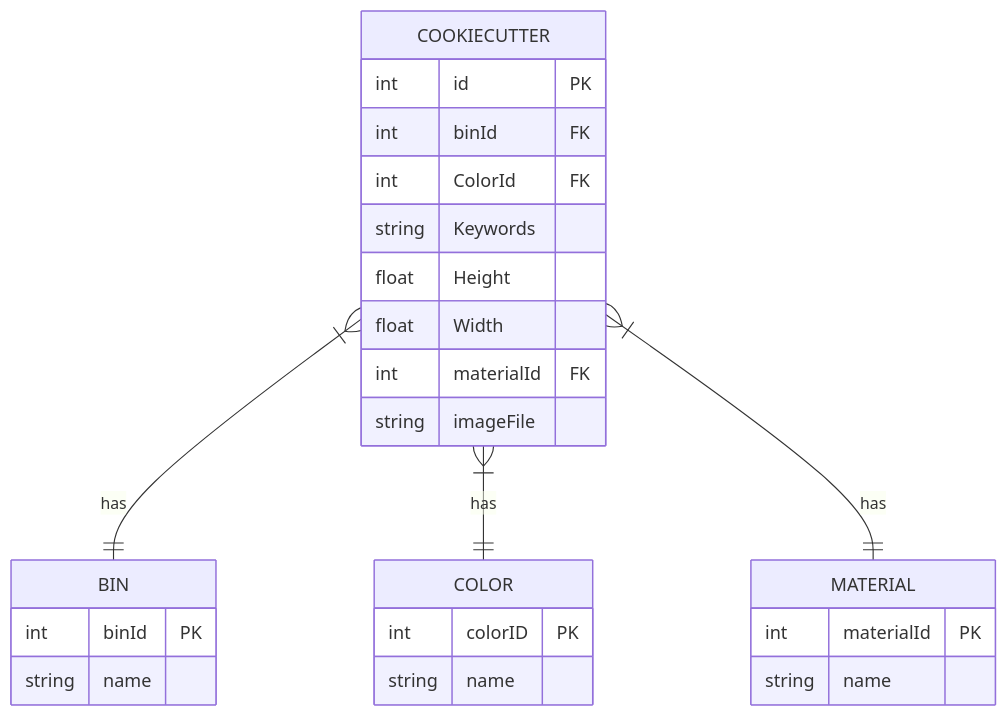
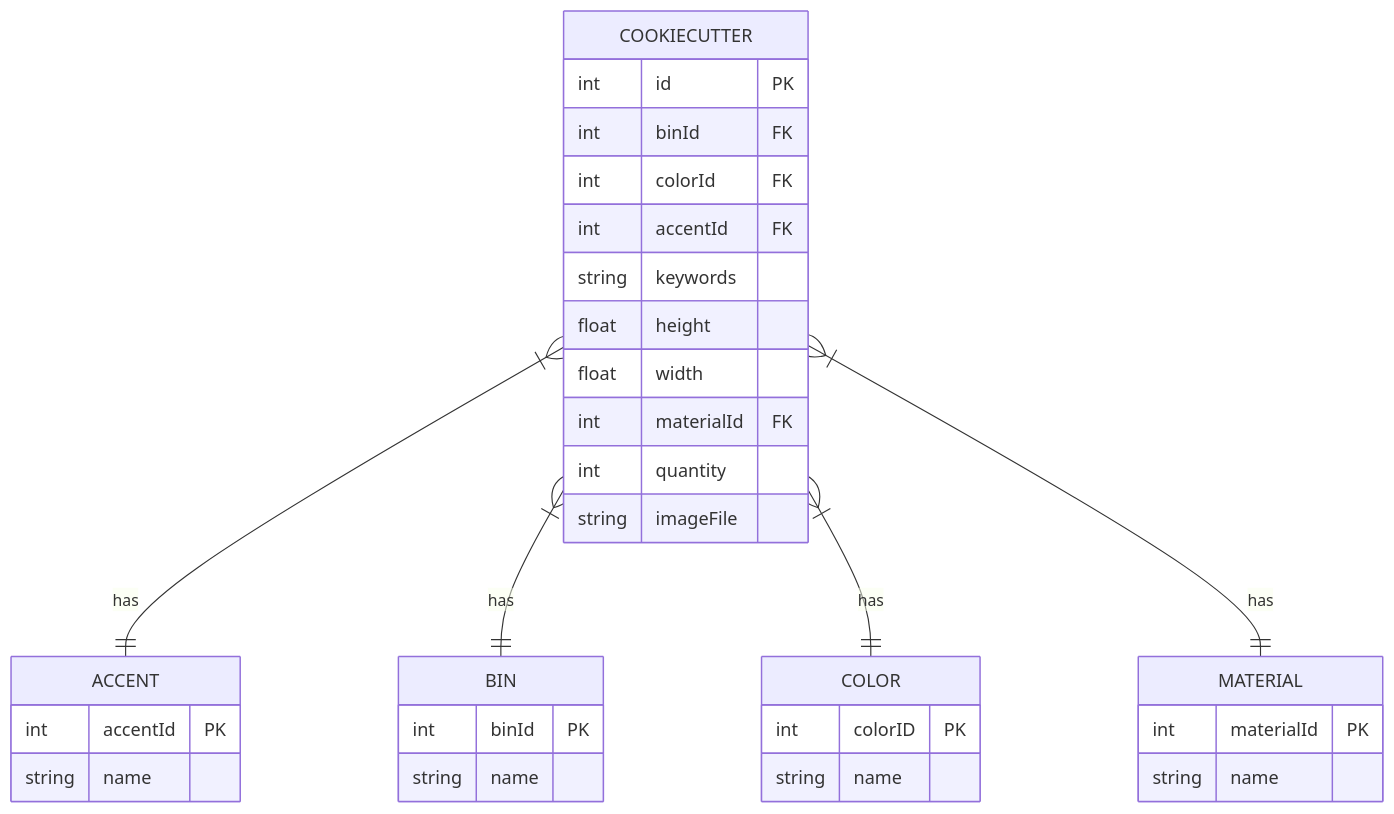
The second of 2 diagrams in README.md (scottfones/mysig_inv_mgt), drawn with Mermaid before and after one commit.

Commit message:
added accent color and quantity support after client meeting

````diff
--- a/README.md
+++ b/README.md
@@ -25,28 +25,35 @@
 ```mermaid
 erDiagram
+  COOKIECUTTER }|--|| ACCENT: has
   COOKIECUTTER }|--|| BIN: has
   COOKIECUTTER }|--|| COLOR: has
   COOKIECUTTER }|--|| MATERIAL: has
   COOKIECUTTER {
     int id PK
     int binId FK
-    int ColorId FK
-    string Keywords
-    float Height
-    float Width
+    int colorId FK
+    int accentId FK
+    string keywords
+    float height
+    float width
     int materialId FK
+    int quantity 
     string imageFile
+  }
+  ACCENT {
+    int accentId PK
+    string name
   }
   BIN {
     int binId PK
     string name
   }
   COLOR {
     int colorID PK
     string name
   }
   MATERIAL {
     int materialId PK
     string name
   }
 ```
````
